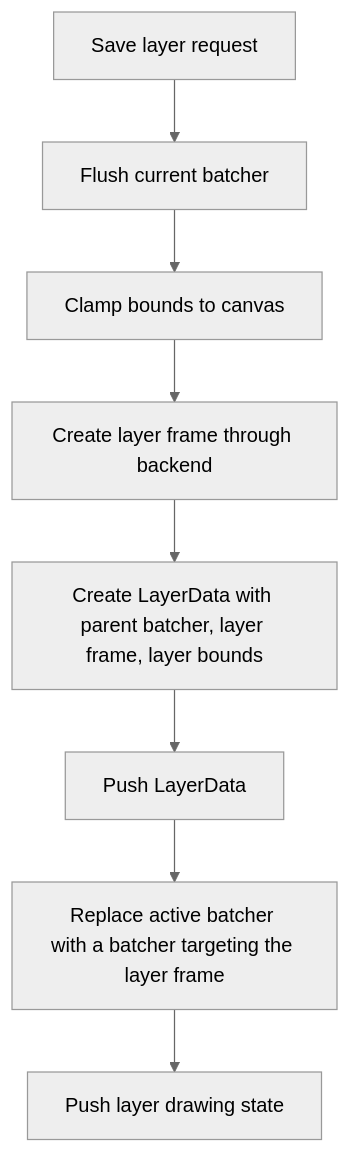
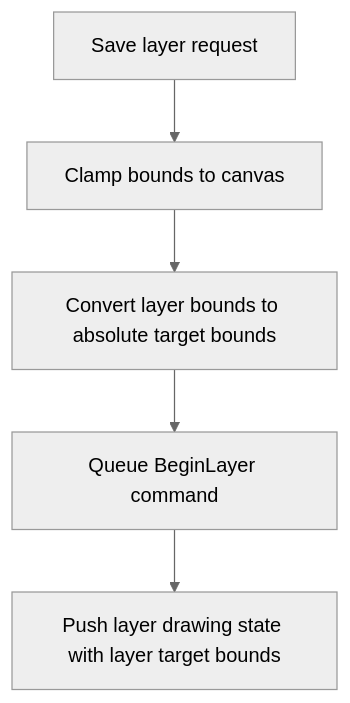
Before and after one commit to SixLabors/ImageSharp.Drawing: the first of 6 diagrams in src/ImageSharp.Drawing/Processing/DRAWING_CANVAS.md, drawn with Mermaid (neutral theme). The commit also changed other lines of this file and 29 other files, not shown here.

````diff
--- a/src/ImageSharp.Drawing/Processing/DRAWING_CANVAS.md
+++ b/src/ImageSharp.Drawing/Processing/DRAWING_CANVAS.md
@@ -69,10 +73,7 @@
 ```mermaid
 flowchart TD
-    A[Save layer request] --> B[Flush current batcher]
-    B --> C[Clamp bounds to canvas]
-    C --> D[Create layer frame through backend]
-    D --> E[Create LayerData with parent batcher, layer frame, layer bounds]
-    E --> F[Push LayerData]
-    F --> G[Replace active batcher with a batcher targeting the layer frame]
-    G --> H[Push layer drawing state]
+    A[Save layer request] --> B[Clamp bounds to canvas]
+    B --> C[Convert layer bounds to absolute target bounds]
+    C --> D[Queue BeginLayer command]
+    D --> E[Push layer drawing state with layer target bounds]
 ```
````
